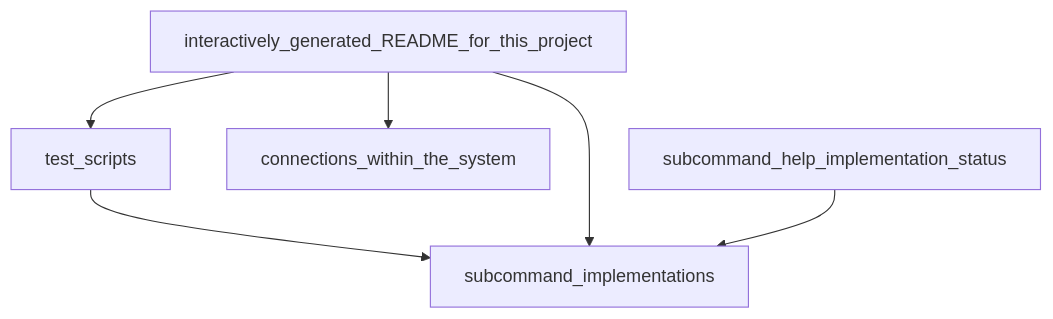
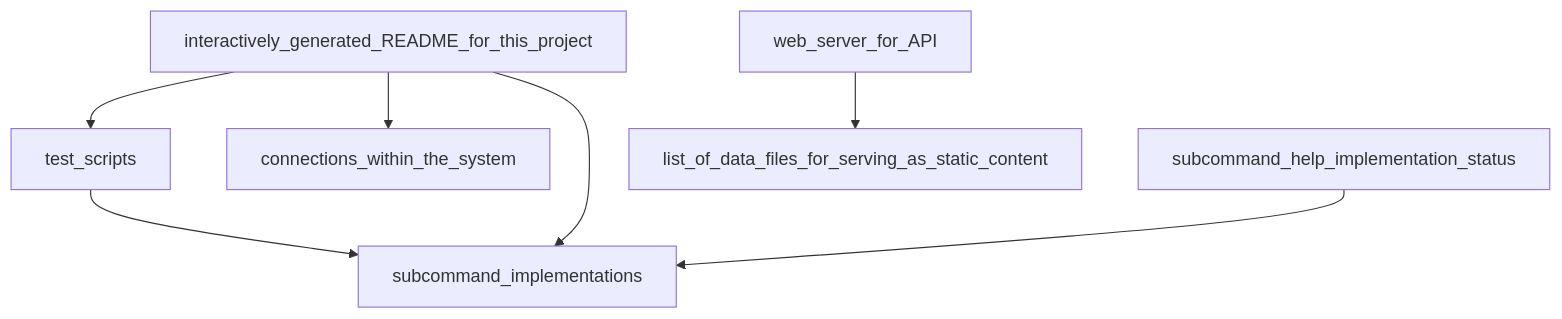
Before and after one commit to nicholas-long/ngramdb: the diagram in database/20240710043728-86ad27b18da4fa187615/graph.mermaid, drawn with Mermaid. The commit also changed 4 other files, not shown here.

```diff
--- a/database/20240710043728-86ad27b18da4fa187615/graph.mermaid
+++ b/database/20240710043728-86ad27b18da4fa187615/graph.mermaid
@@ -1,6 +1,7 @@
 graph TD;
   test_scripts --> subcommand_implementations;
   interactively_generated_README_for_this_project --> subcommand_implementations;
   interactively_generated_README_for_this_project --> test_scripts;
   interactively_generated_README_for_this_project --> connections_within_the_system;
   subcommand_help_implementation_status --> subcommand_implementations;
+  web_server_for_API --> list_of_data_files_for_serving_as_static_content;
```
